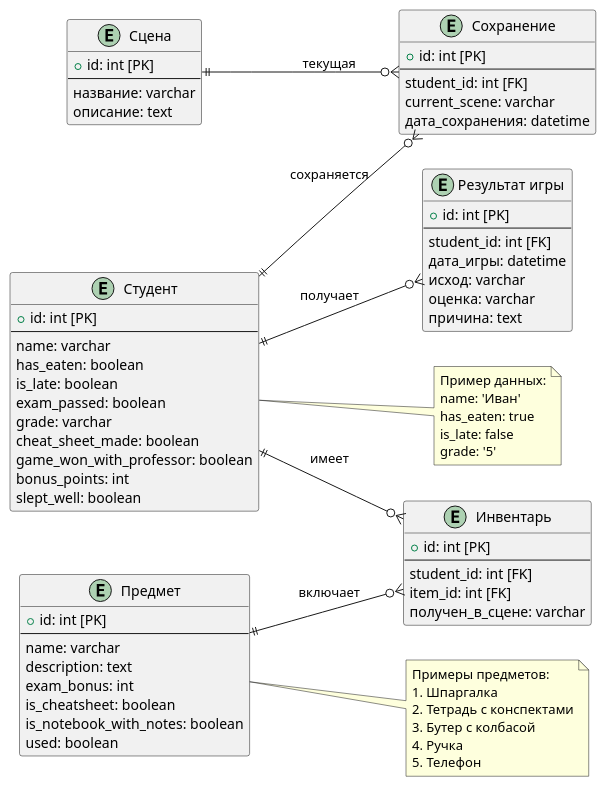
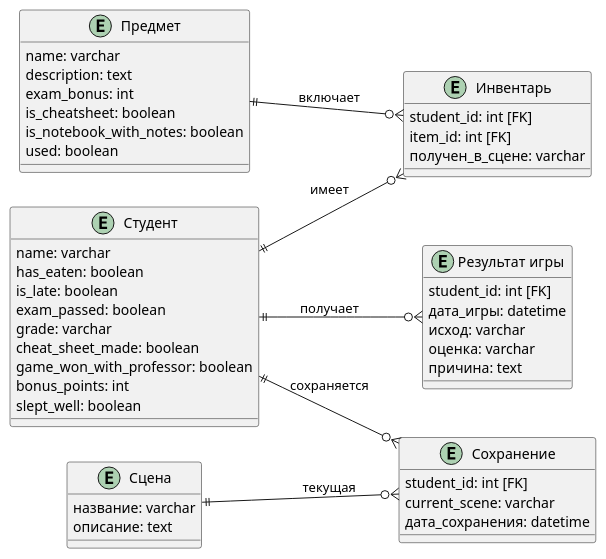
The diagram in bd.puml (zenkovvaceslav/LR2-pioa), drawn with PlantUML before and after one commit.

```diff
--- a/bd.puml
+++ b/bd.puml
@@ -1,87 +1,60 @@
 @startuml
 left to right direction
 
 entity "Студент" as student {
-  + id: int [PK]
-  --
   name: varchar
   has_eaten: boolean
   is_late: boolean
   exam_passed: boolean
   grade: varchar
   cheat_sheet_made: boolean
   game_won_with_professor: boolean
   bonus_points: int
   slept_well: boolean
 }
 
 entity "Предмет" as item {
-  + id: int [PK]
-  --
   name: varchar
   description: text
   exam_bonus: int
   is_cheatsheet: boolean
   is_notebook_with_notes: boolean
   used: boolean
 }
 
 entity "Инвентарь" as inventory {
-  + id: int [PK]
-  --
   student_id: int [FK]
   item_id: int [FK]
   получен_в_сцене: varchar
 }
 
 entity "Сцена" as scene {
-  + id: int [PK]
-  --
   название: varchar
   описание: text
 }
 
 entity "Результат игры" as result {
-  + id: int [PK]
-  --
   student_id: int [FK]
   дата_игры: datetime
   исход: varchar
   оценка: varchar
   причина: text
 }
 
 entity "Сохранение" as save {
-  + id: int [PK]
-  --
   student_id: int [FK]
   current_scene: varchar
   дата_сохранения: datetime
 }
 
-
+' Связи
 student ||--o{ inventory : "имеет"
 item ||--o{ inventory : "включает"
 
 student ||--o{ result : "получает"
 student ||--o{ save : "сохраняется"
 
 scene ||--o{ save : "текущая"
 
-note right of student
-  Пример данных:
-  name: 'Иван'
-  has_eaten: true
-  is_late: false
-  grade: '5'
-end note
 
-note right of item
-  Примеры предметов:
-  1. Шпаргалка
-  2. Тетрадь с конспектами
-  3. Бутер с колбасой
-  4. Ручка
-  5. Телефон
-end note
 @enduml
```
